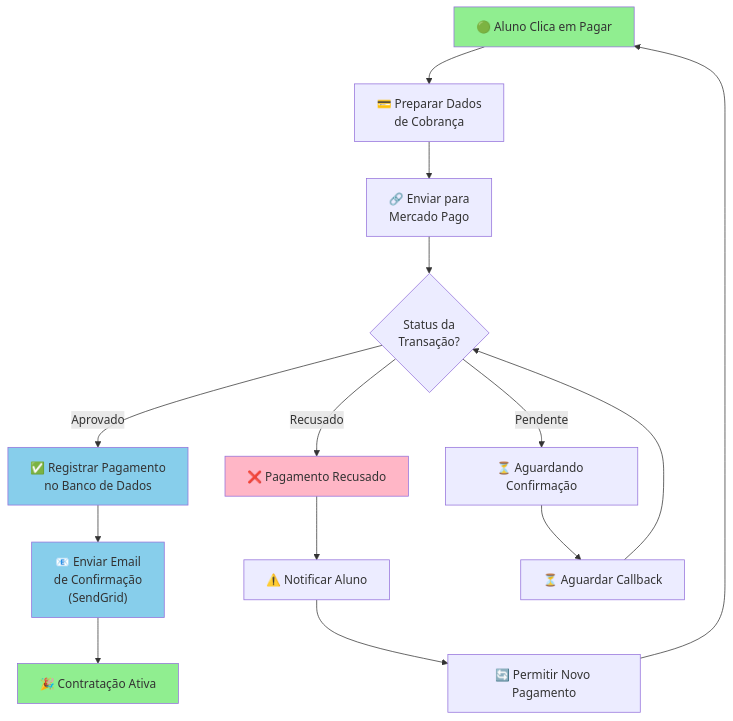
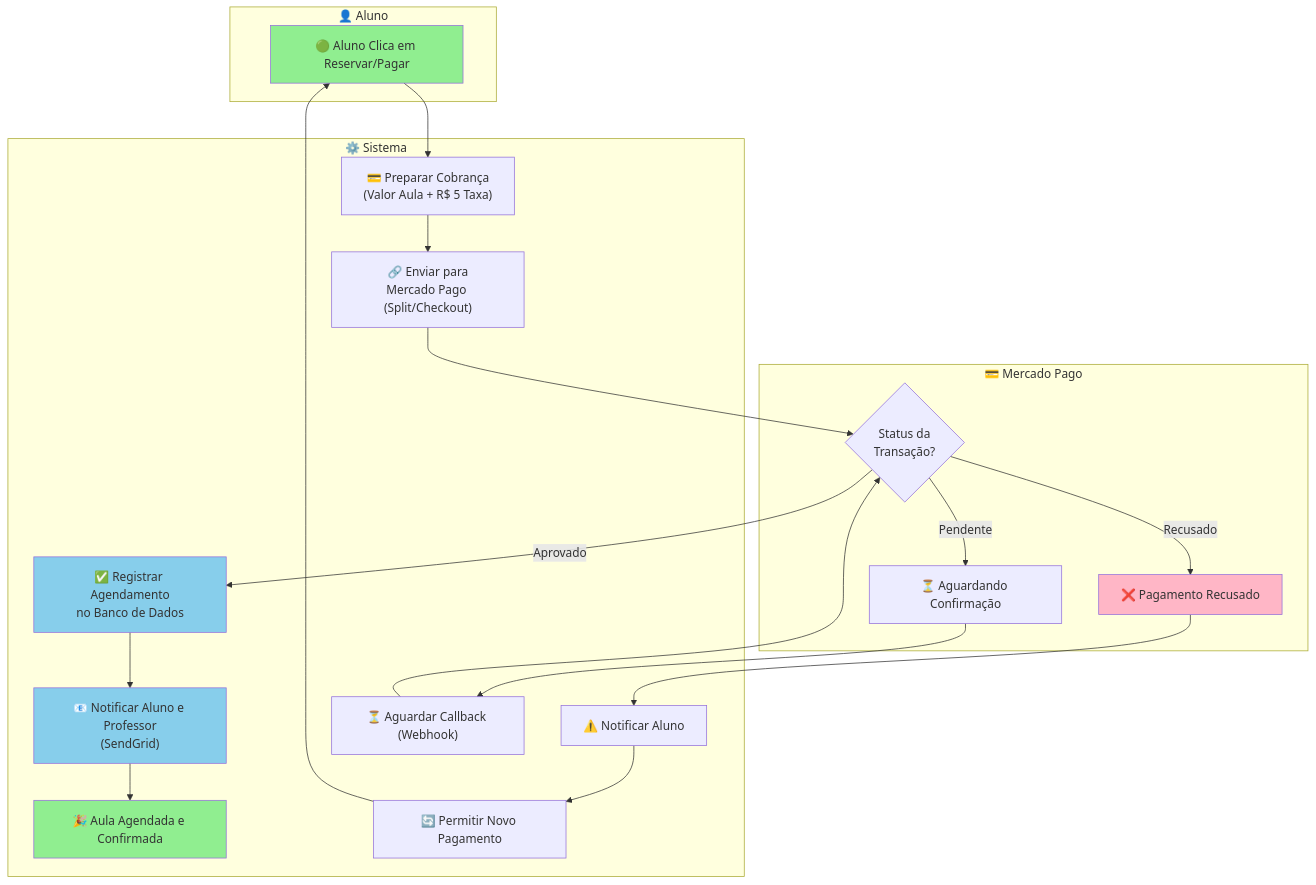
Before and after one commit to VictorHCSampaio/ConectaPro: the fifth of 10 diagrams in BPMN_DIAGRAM.md, drawn with Mermaid. The commit also changed other lines of this file, not shown here.

Commit message:
docs: atualiza diagrama BPMN com raias e matriz RACI final

````diff
--- a/BPMN_DIAGRAM.md
+++ b/BPMN_DIAGRAM.md
@@ -77,22 +223,43 @@
 ```mermaid
 graph TD
-    A["🟢 Aluno Clica em Pagar"] --> B["💳 Preparar Dados<br/>de Cobrança"]
-    B --> C["🔗 Enviar para<br/>Mercado Pago"]
-    C --> D{Status da<br/>Transação?}
-    D -->|Aprovado| E["✅ Registrar Pagamento<br/>no Banco de Dados"]
-    D -->|Recusado| F["❌ Pagamento Recusado"]
-    D -->|Pendente| G["⏳ Aguardando Confirmação"]
-    E --> H["📧 Enviar Email<br/>de Confirmação<br/>(SendGrid)"]
-    F --> I["⚠️ Notificar Aluno"]
-    G --> J["⏳ Aguardar Callback"]
-    H --> K["🎉 Contratação Ativa"]
-    I --> L["🔄 Permitir Novo Pagamento"]
+    subgraph Aluno["👤 Aluno"]
+        A["🟢 Aluno Clica em Reservar/Pagar"]
+    end
+
+    subgraph Sistema["⚙️ Sistema"]
+        B["💳 Preparar Cobrança<br/>(Valor Aula + R$ 5 Taxa)"]
+        C["🔗 Enviar para<br/>Mercado Pago (Split/Checkout)"]
+        E["✅ Registrar Agendamento<br/>no Banco de Dados"]
+        H["📧 Notificar Aluno e Professor<br/>(SendGrid)"]
+        I["⚠️ Notificar Aluno"]
+        J["⏳ Aguardar Callback (Webhook)"]
+        K["🎉 Aula Agendada e Confirmada"]
+        L["🔄 Permitir Novo Pagamento"]
+    end
+
+    subgraph MercadoPago["💳 Mercado Pago"]
+        D{Status da<br/>Transação?}
+        F["❌ Pagamento Recusado"]
+        G["⏳ Aguardando Confirmação"]
+    end
+
+    A --> B
+    B --> C
+    C --> D
+    D -->|Aprovado| E
+    D -->|Recusado| F
+    D -->|Pendente| G
+    E --> H
+    F --> I
+    G --> J
+    H --> K
+    I --> L
     J --> D
     L --> A
-    
+
     style A fill:#90EE90
     style K fill:#90EE90
     style E fill:#87CEEB
     style F fill:#FFB6C6
     style H fill:#87CEEB
 ```
````
